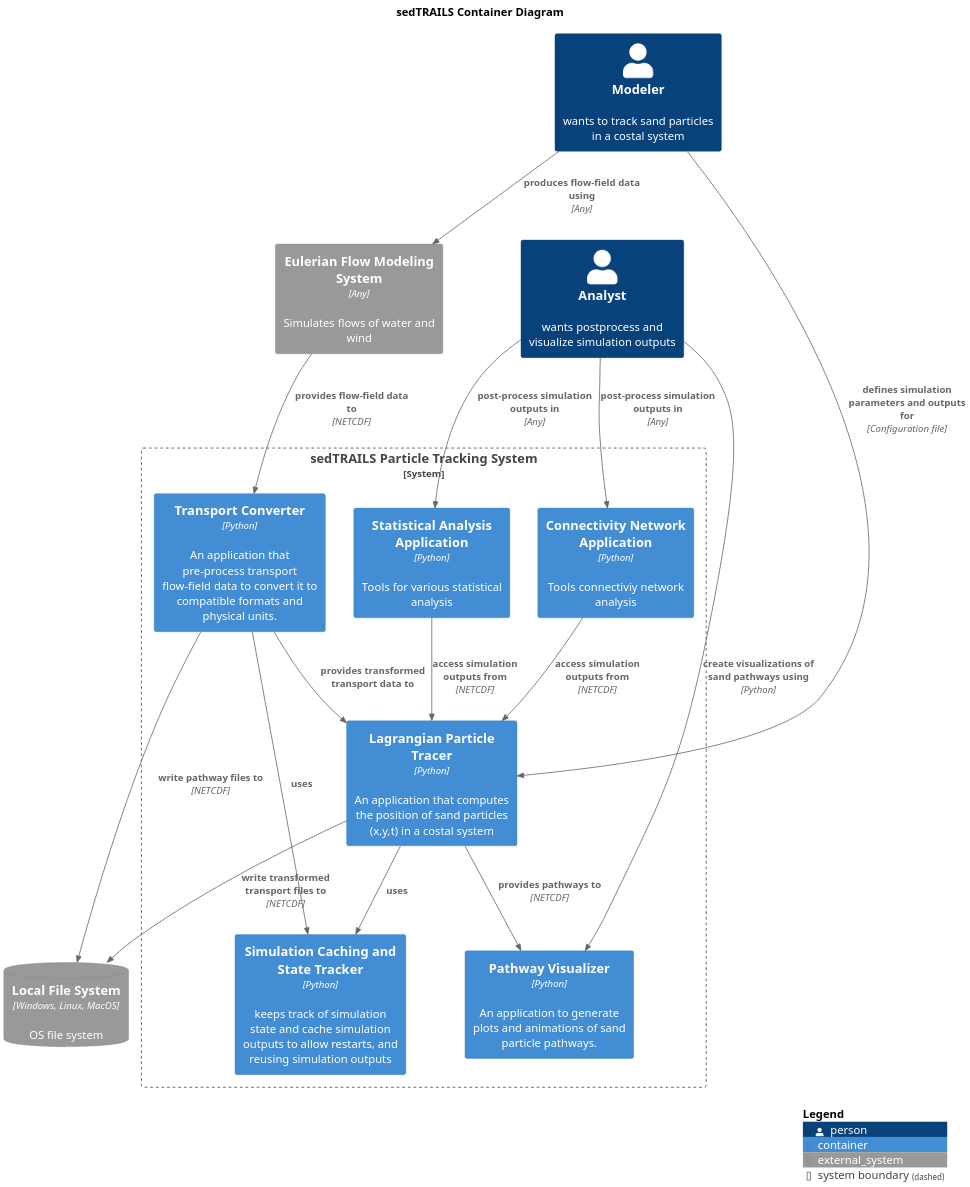
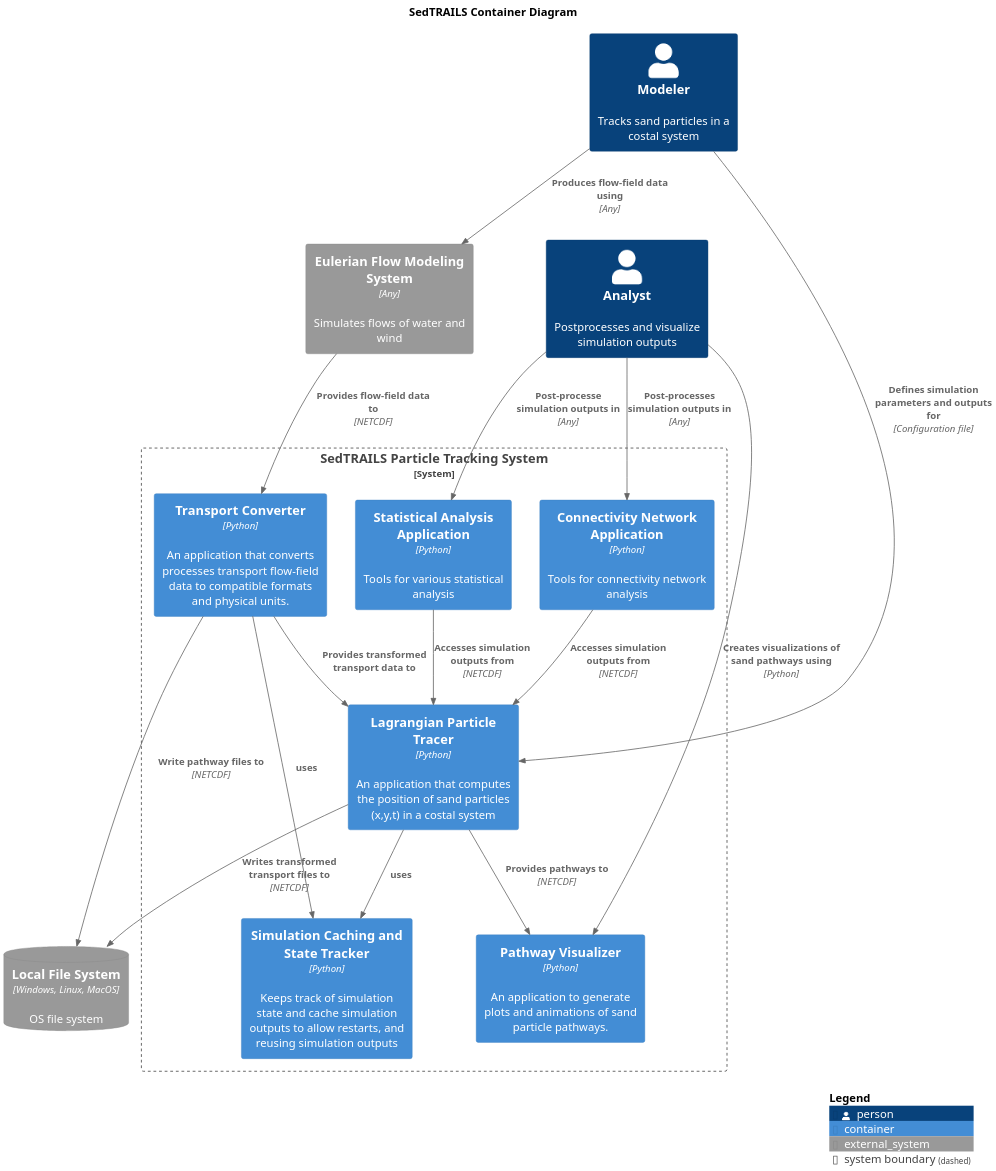
One commit to sgpearson17/sedtrails-sgp changed the diagram in diagrams/containers.puml. Above: the diagram before and after it, drawn with PlantUML. The commit also changed 5 other files, not shown here.

Commit message:
Update diagrams to fix typos and language

```diff
--- a/diagrams/containers.puml
+++ b/diagrams/containers.puml
@@ -1,44 +1,44 @@
 @startuml SedtrailContainer
 !include ./c4/C4_Container.puml
 
-title sedTRAILS Container Diagram
+title SedTRAILS Container Diagram
 scale 2
 
-Person(modeler, "Modeler", "wants to track sand particles in a costal system")
-Person(analyst, "Analyst", "wants postprocess and visualize simulation outputs")
+Person(modeler, "Modeler", "Tracks sand particles in a costal system")
+Person(analyst, "Analyst", "Postprocesses and visualize simulation outputs")
 
-System_Boundary(sedtrailsSystem, "sedTRAILS Particle Tracking System"){ 
+System_Boundary(sedtrailsSystem, "SedTRAILS Particle Tracking System"){ 
     Container(sedtrailsTracer, "Lagrangian Particle Tracer", "Python", "An application that computes the position of sand particles (x,y,t) in a costal system")
-    Container(transportConverter, "Transport Converter", "Python", "An application that pre-process transport flow-field data to convert it to compatible formats and physical units.")
+    Container(transportConverter, "Transport Converter", "Python", "An application that converts processes transport flow-field data to compatible formats and physical units.")
     Container(pathwayVisualizer, "Pathway Visualizer", "Python", "An application to generate plots and animations of sand particle pathways.")
-    Container(cache, "Simulation Caching and State Tracker", "Python", "keeps track of simulation state and cache simulation outputs to allow restarts, and reusing simulation outputs")
+    Container(cache, "Simulation Caching and State Tracker", "Python", "Keeps track of simulation state and cache simulation outputs to allow restarts, and reusing simulation outputs")
 
-    Container(connectivityNetworkSys, "Connectivity Network Application", "Python", "Tools connectiviy network analysis")
+    Container(connectivityNetworkSys, "Connectivity Network Application", "Python", "Tools for connectivity network analysis")
     Container(statisticsSys, "Statistical Analysis Application", "Python", "Tools for various statistical analysis")
     
-    Rel(transportConverter, sedtrailsTracer, "provides transformed transport data to")
-    Rel(sedtrailsTracer, pathwayVisualizer, "provides pathways to", "NETCDF")
+    Rel(transportConverter, sedtrailsTracer, "Provides transformed transport data to")
+    Rel(sedtrailsTracer, pathwayVisualizer, "Provides pathways to", "NETCDF")
     Rel(sedtrailsTracer, cache,  "uses")
     Rel(transportConverter, cache,  "uses")
 }
 
 System_Ext(flowSystem, "Eulerian Flow Modeling System", "Simulates flows of water and wind", $type="Any")
 
 
 SystemDb_Ext(fileSystem, "Local File System", "OS file system", $type="Windows, Linux, MacOS")
-Rel(sedtrailsTracer, fileSystem, "write transformed transport files to", "NETCDF")
-Rel(transportConverter, fileSystem, "write pathway files to", "NETCDF")
+Rel(sedtrailsTracer, fileSystem, "Writes transformed transport files to", "NETCDF")
+Rel(transportConverter, fileSystem, "Write pathway files to", "NETCDF")
 
-Rel(modeler, sedtrailsTracer, "defines simulation parameters and outputs for", "Configuration file")
-Rel(connectivityNetworkSys, sedtrailsTracer, "access simulation outputs from", "NETCDF")
-Rel(statisticsSys, sedtrailsTracer, "access simulation outputs from", "NETCDF")
-Rel(analyst, pathwayVisualizer, "create visualizations of sand pathways using", "Python")
-Rel(analyst, connectivityNetworkSys, "post-process simulation outputs in", "Any")
-Rel(analyst, statisticsSys, "post-process simulation outputs in", "Any")
+Rel(modeler, sedtrailsTracer, "Defines simulation parameters and outputs for", "Configuration file")
+Rel(connectivityNetworkSys, sedtrailsTracer, "Accesses simulation outputs from", "NETCDF")
+Rel(statisticsSys, sedtrailsTracer, "Accesses simulation outputs from", "NETCDF")
+Rel(analyst, pathwayVisualizer, "Creates visualizations of sand pathways using", "Python")
+Rel(analyst, connectivityNetworkSys, "Post-processes simulation outputs in", "Any")
+Rel(analyst, statisticsSys, "Post-processe simulation outputs in", "Any")
 
-Rel(modeler, flowSystem, "produces flow-field data using", "Any")
-Rel(flowSystem, transportConverter, "provides flow-field data to ", "NETCDF")
+Rel(modeler, flowSystem, "Produces flow-field data using", "Any")
+Rel(flowSystem, transportConverter, "Provides flow-field data to ", "NETCDF")
 
 
 SHOW_LEGEND()
 @enduml
```
